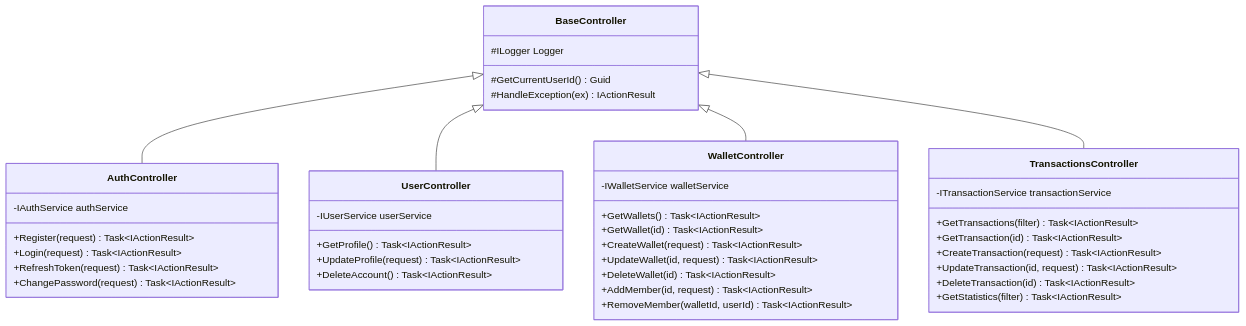
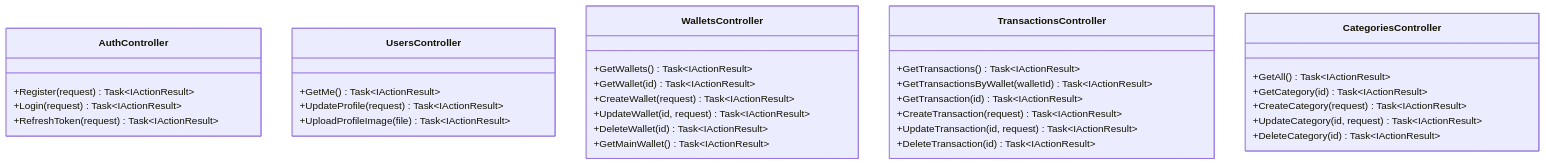
One commit to WisMaja/MyMoney changed diagram 13 of 20 in docs/diagramy.md. Above: the diagram before and after it, drawn with Mermaid. The commit also changed other lines of this file and 10 other files, not shown here.

````diff
--- a/docs/diagramy.md
+++ b/docs/diagramy.md
@@ -409,49 +338,40 @@
 ```mermaid
 classDiagram
-    class BaseController {
-        #ILogger Logger
-        #GetCurrentUserId() Guid
-        #HandleException(ex) IActionResult
-    }
-    
     class AuthController {
-        -IAuthService authService
         +Register(request) Task~IActionResult~
         +Login(request) Task~IActionResult~
         +RefreshToken(request) Task~IActionResult~
-        +ChangePassword(request) Task~IActionResult~
     }
     
-    class UserController {
-        -IUserService userService
-        +GetProfile() Task~IActionResult~
+    class UsersController {
+        +GetMe() Task~IActionResult~
         +UpdateProfile(request) Task~IActionResult~
-        +DeleteAccount() Task~IActionResult~
+        +UploadProfileImage(file) Task~IActionResult~
     }
     
-    class WalletController {
-        -IWalletService walletService
+    class WalletsController {
         +GetWallets() Task~IActionResult~
         +GetWallet(id) Task~IActionResult~
         +CreateWallet(request) Task~IActionResult~
         +UpdateWallet(id, request) Task~IActionResult~
         +DeleteWallet(id) Task~IActionResult~
-        +AddMember(id, request) Task~IActionResult~
-        +RemoveMember(walletId, userId) Task~IActionResult~
+        +GetMainWallet() Task~IActionResult~
     }
     
     class TransactionsController {
-        -ITransactionService transactionService
-        +GetTransactions(filter) Task~IActionResult~
+        +GetTransactions() Task~IActionResult~
+        +GetTransactionsByWallet(walletId) Task~IActionResult~
         +GetTransaction(id) Task~IActionResult~
         +CreateTransaction(request) Task~IActionResult~
         +UpdateTransaction(id, request) Task~IActionResult~
         +DeleteTransaction(id) Task~IActionResult~
-        +GetStatistics(filter) Task~IActionResult~
     }
     
-    BaseController <|-- AuthController
-    BaseController <|-- UserController
-    BaseController <|-- WalletController
-    BaseController <|-- TransactionsController
+    class CategoriesController {
+        +GetAll() Task~IActionResult~
+        +GetCategory(id) Task~IActionResult~
+        +CreateCategory(request) Task~IActionResult~
+        +UpdateCategory(id, request) Task~IActionResult~
+        +DeleteCategory(id) Task~IActionResult~
+    }
 ```
````
